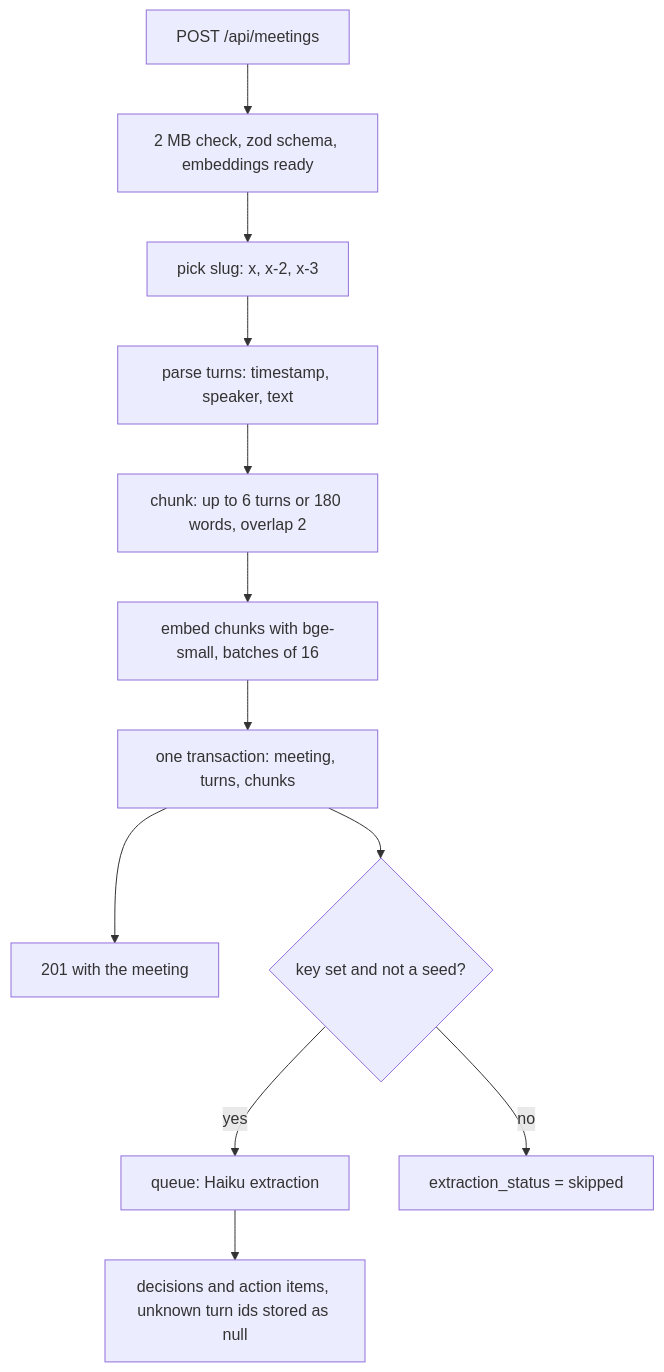
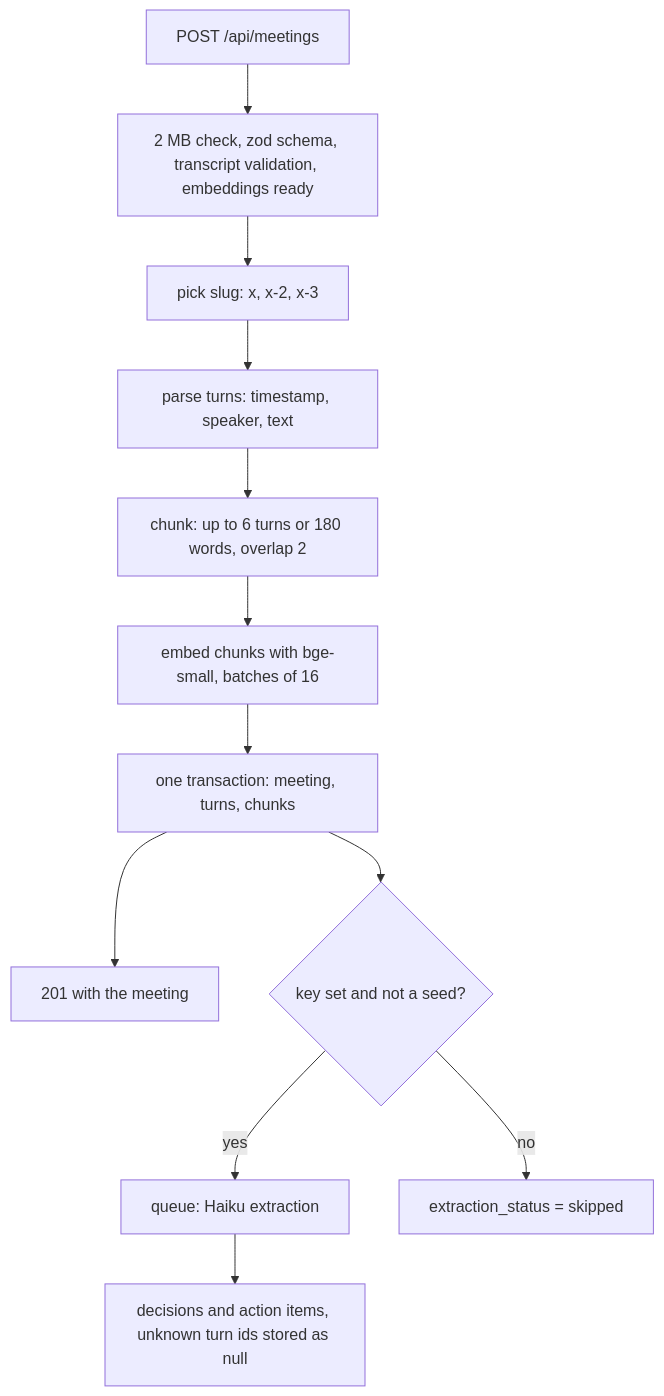
Before and after one commit to christosgalaios/meeting-intelligence: the second of 4 diagrams in docs/architecture.md, drawn with Mermaid. The commit also changed other lines of this file and 2 other files, not shown here.

First line of the commit message:
Docs: close validation and turn-score TODOs, document sample button and POST /api/seed

````diff
--- a/docs/architecture.md
+++ b/docs/architecture.md
@@ -26,14 +26,14 @@
 ```mermaid
 flowchart TD
-  U["POST /api/meetings"] --> V["2 MB check, zod schema, embeddings ready"]
+  U["POST /api/meetings"] --> V["2 MB check, zod schema, transcript validation, embeddings ready"]
   V --> S["pick slug: x, x-2, x-3"]
   S --> PA["parse turns: timestamp, speaker, text"]
   PA --> CH["chunk: up to 6 turns or 180 words, overlap 2"]
   CH --> EM["embed chunks with bge-small, batches of 16"]
   EM --> TX["one transaction: meeting, turns, chunks"]
   TX --> R["201 with the meeting"]
   TX --> Q{"key set and not a seed?"}
   Q -->|yes| X["queue: Haiku extraction"]
   Q -->|no| SK["extraction_status = skipped"]
   X --> D["decisions and action items, unknown turn ids stored as null"]
 ```
````
